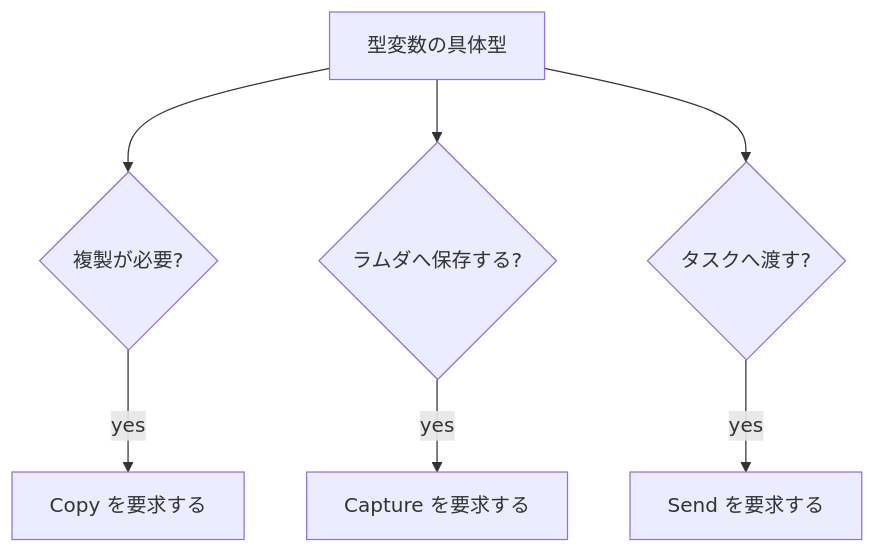
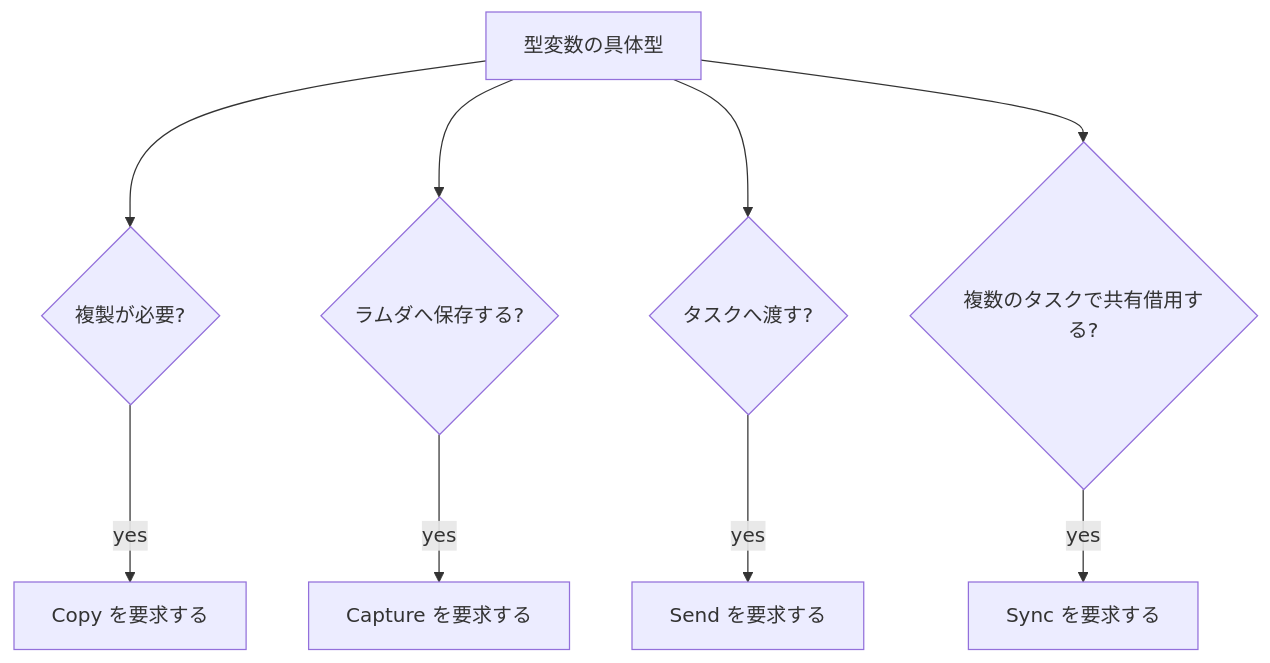
Before and after one commit to tatsuya-midorikawa/Tsuzuri: the diagram in _tsuzuri/language-reference/types-and-type-inference/constraints.md, drawn with Mermaid. The commit also changed other lines of this file and 47 other files, not shown here.

````diff
--- a/_tsuzuri/language-reference/types-and-type-inference/constraints.md
+++ b/_tsuzuri/language-reference/types-and-type-inference/constraints.md
@@ -83,9 +91,11 @@
 ```mermaid
 flowchart TD
     value["型変数の具体型"] --> copy{"複製が必要?"}
     copy -->|yes| copyOk["Copy を要求する"]
     value --> save{"ラムダへ保存する?"}
     save -->|yes| cap["Capture を要求する"]
     value --> task{"タスクへ渡す?"}
     task -->|yes| send["Send を要求する"]
+    value --> share{"複数のタスクで共有借用する?"}
+    share -->|yes| sync["Sync を要求する"]
 ```
````
